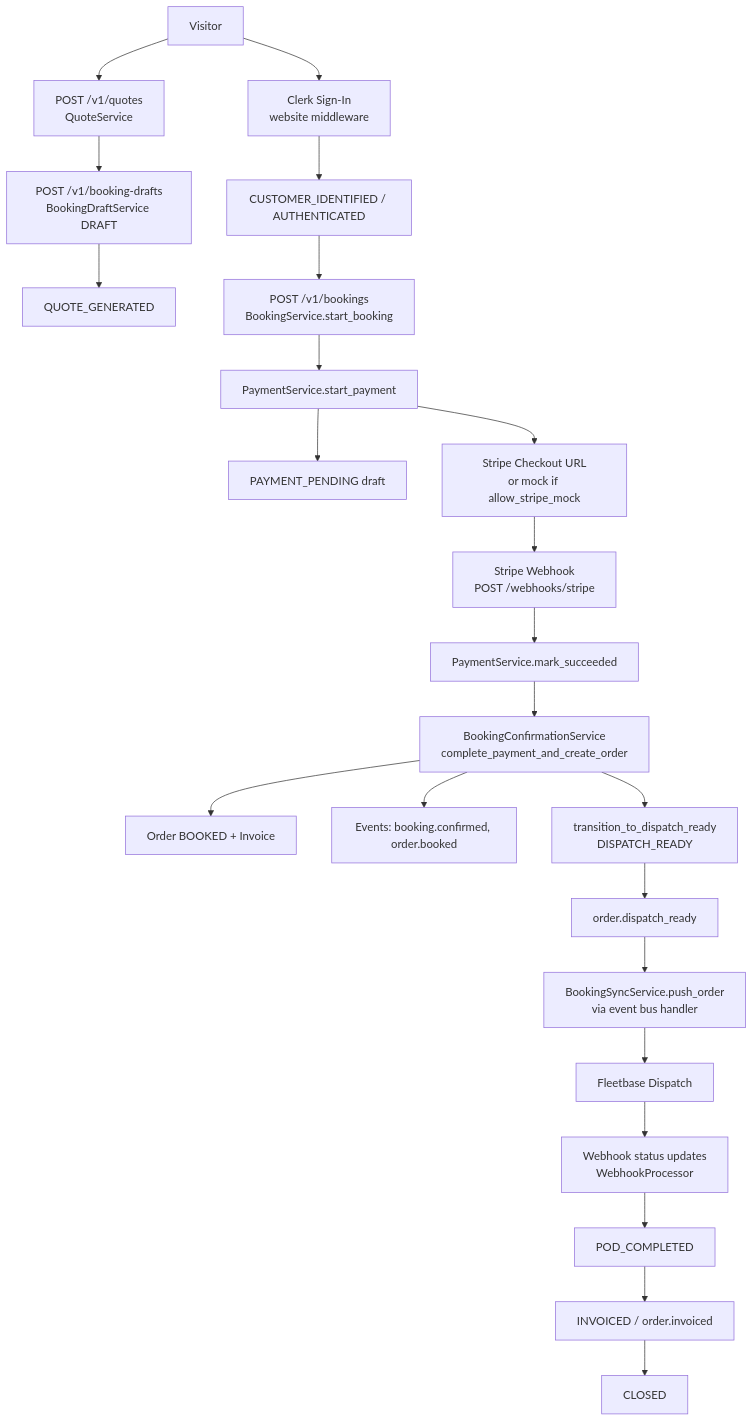
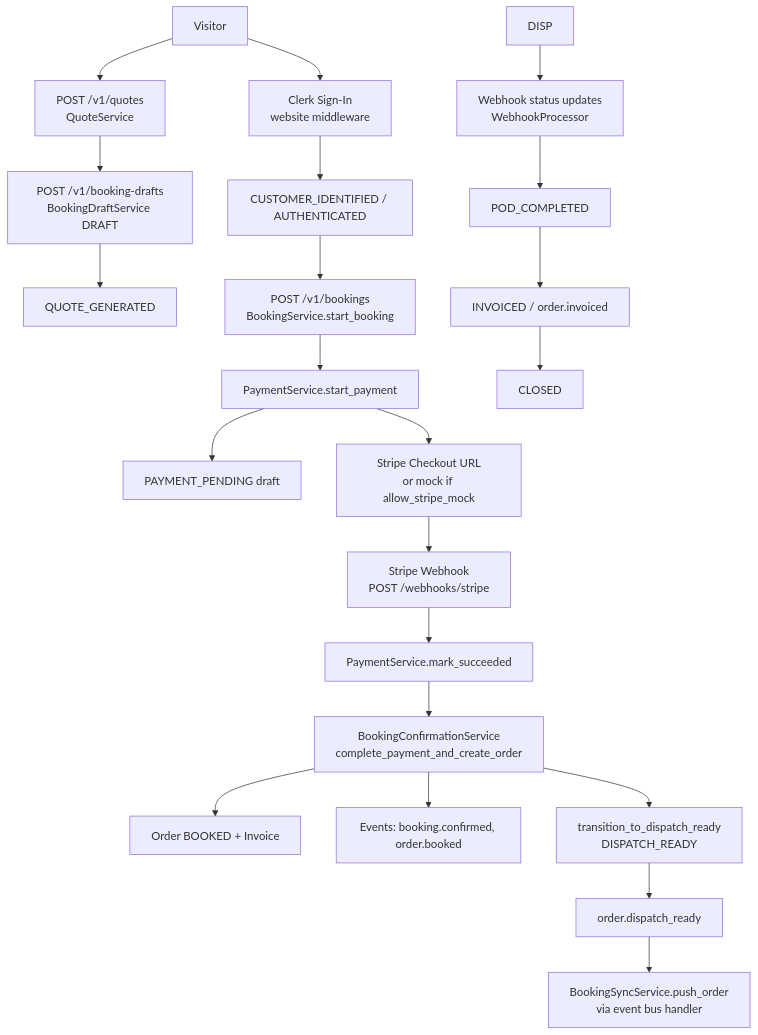
One commit to PORTERCHAIN-INC/PCD changed the diagram in docs/architecture/mermaid/booking_flow.mmd. Above: the diagram before and after it, drawn with Mermaid. The commit also changed 38 other files, not shown here.

First line of the commit message:
docs: drop COD/Fleetbase/Stripe Connect references, regenerate graphify report

```diff
--- a/docs/architecture/mermaid/booking_flow.mmd
+++ b/docs/architecture/mermaid/booking_flow.mmd
@@ -1,23 +1,22 @@
 flowchart TD
   V[Visitor] --> Q[POST /v1/quotes<br/>QuoteService]
   Q --> BD[POST /v1/booking-drafts<br/>BookingDraftService DRAFT]
   BD --> QG[QUOTE_GENERATED]
   V --> AUTH[Clerk Sign-In<br/>website middleware]
   AUTH --> CID[CUSTOMER_IDENTIFIED / AUTHENTICATED]
   CID --> BK[POST /v1/bookings<br/>BookingService.start_booking]
   BK --> PS[PaymentService.start_payment]
   PS --> PP[PAYMENT_PENDING draft]
   PS --> SC[Stripe Checkout URL<br/>or mock if allow_stripe_mock]
   SC --> SW[Stripe Webhook<br/>POST /webhooks/stripe]
   SW --> MS[PaymentService.mark_succeeded]
   MS --> CF[BookingConfirmationService<br/>complete_payment_and_create_order]
   CF --> ORD[Order BOOKED + Invoice]
   CF --> EV1[Events: booking.confirmed, order.booked]
   CF --> DR[transition_to_dispatch_ready<br/>DISPATCH_READY]
   DR --> EV2[order.dispatch_ready]
   EV2 --> FB[BookingSyncService.push_order<br/>via event bus handler]
-  FB --> DISP[Fleetbase Dispatch]
   DISP --> DEL[Webhook status updates<br/>WebhookProcessor]
   DEL --> POD[POD_COMPLETED]
   POD --> INV[INVOICED / order.invoiced]
   INV --> CLS[CLOSED]
```
